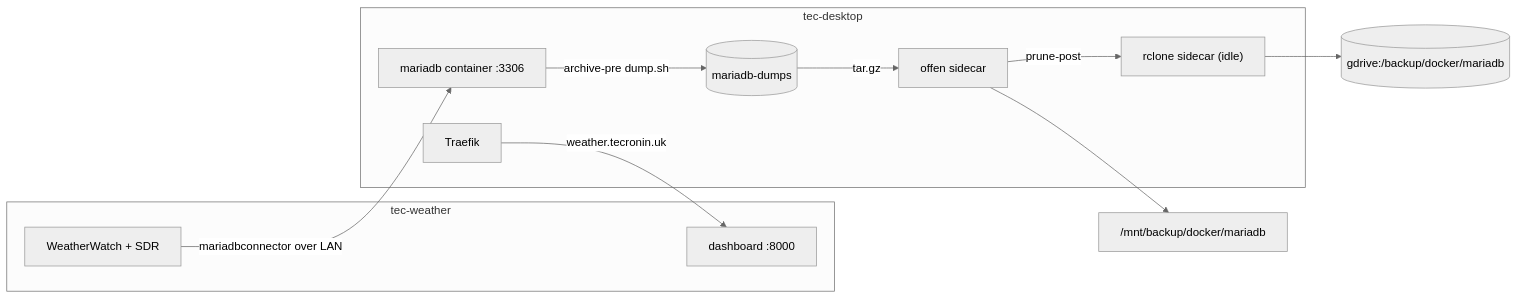
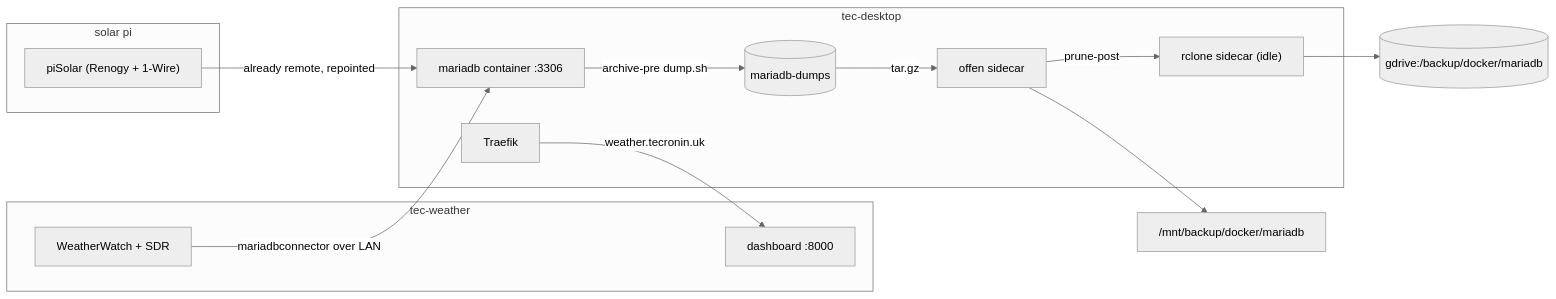
One commit to tim-oe/home_server changed the diagram in .cursor/plan/weather-mariadb-migration.md. Above: the diagram before and after it, drawn with Mermaid (neutral theme). The commit also changed other lines of this file, not shown here.

````diff
--- a/.cursor/plan/weather-mariadb-migration.md
+++ b/.cursor/plan/weather-mariadb-migration.md
@@ -85,21 +101,25 @@
 ```mermaid
 flowchart LR
   subgraph station ["tec-weather"]
     ww["WeatherWatch + SDR"]
     dash["dashboard :8000"]
+  end
+  subgraph solar ["solar pi"]
+    ps["piSolar (Renogy + 1-Wire)"]
   end
   subgraph desktop ["tec-desktop"]
     maria["mariadb container :3306"]
     dumps[("mariadb-dumps")]
     offen["offen sidecar"]
     rclone["rclone sidecar (idle)"]
     traefik["Traefik"]
   end
   ww -->|"mariadbconnector over LAN"| maria
+  ps -->|"already remote, repointed"| maria
   maria -->|"archive-pre dump.sh"| dumps
   dumps -->|"tar.gz"| offen
   offen --> nas["/mnt/backup/docker/mariadb"]
   offen -->|"prune-post"| rclone
   rclone --> gdrive[("gdrive:/backup/docker/mariadb")]
   traefik -->|"weather.tecronin.uk"| dash
 ```
````
